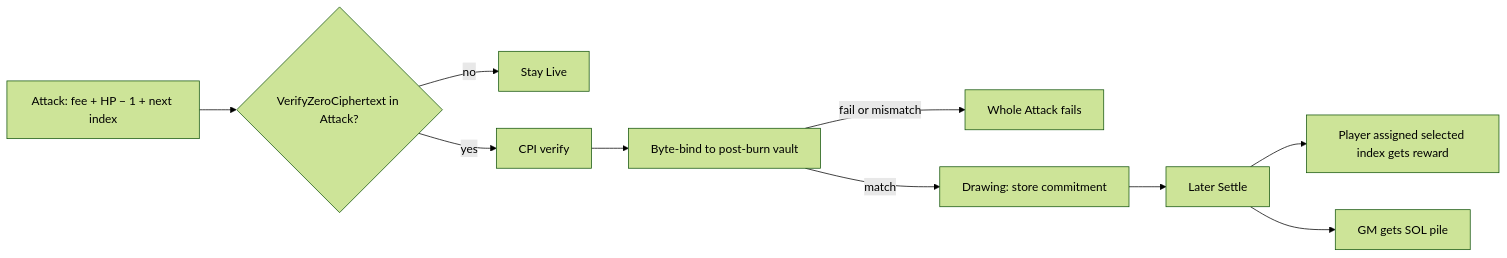
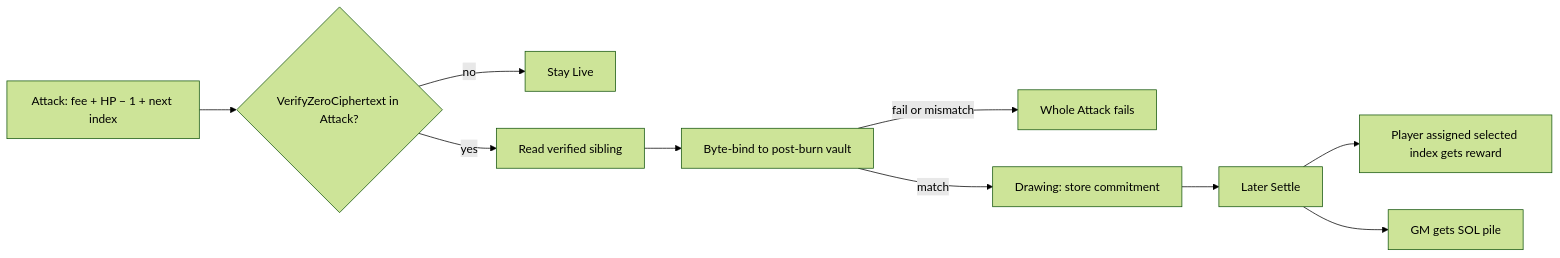
One commit to kilogold/confidential-pinata changed the second of 2 diagrams in docs/program.md. Above: the diagram before and after it, drawn with Mermaid (forest theme). The commit also changed other lines of this file and 43 other files, not shown here.

````diff
--- a/docs/program.md
+++ b/docs/program.md
@@ -43,13 +44,13 @@
 ```mermaid
 flowchart LR
   attack[Attack: fee + HP − 1 + next index]
   attack --> proof{VerifyZeroCiphertext in Attack?}
   proof -->|no| live[Stay Live]
-  proof -->|yes| cpi[CPI verify]
-  cpi --> bind[Byte-bind to post-burn vault]
+  proof -->|yes| sibling[Read verified sibling]
+  sibling --> bind[Byte-bind to post-burn vault]
   bind -->|fail or mismatch| reject[Whole Attack fails]
   bind -->|match| drawing[Drawing: store commitment]
   drawing --> settle[Later Settle]
   settle --> winner[Player assigned selected index gets reward]
   settle --> gm[GM gets SOL pile]
 ```
````
